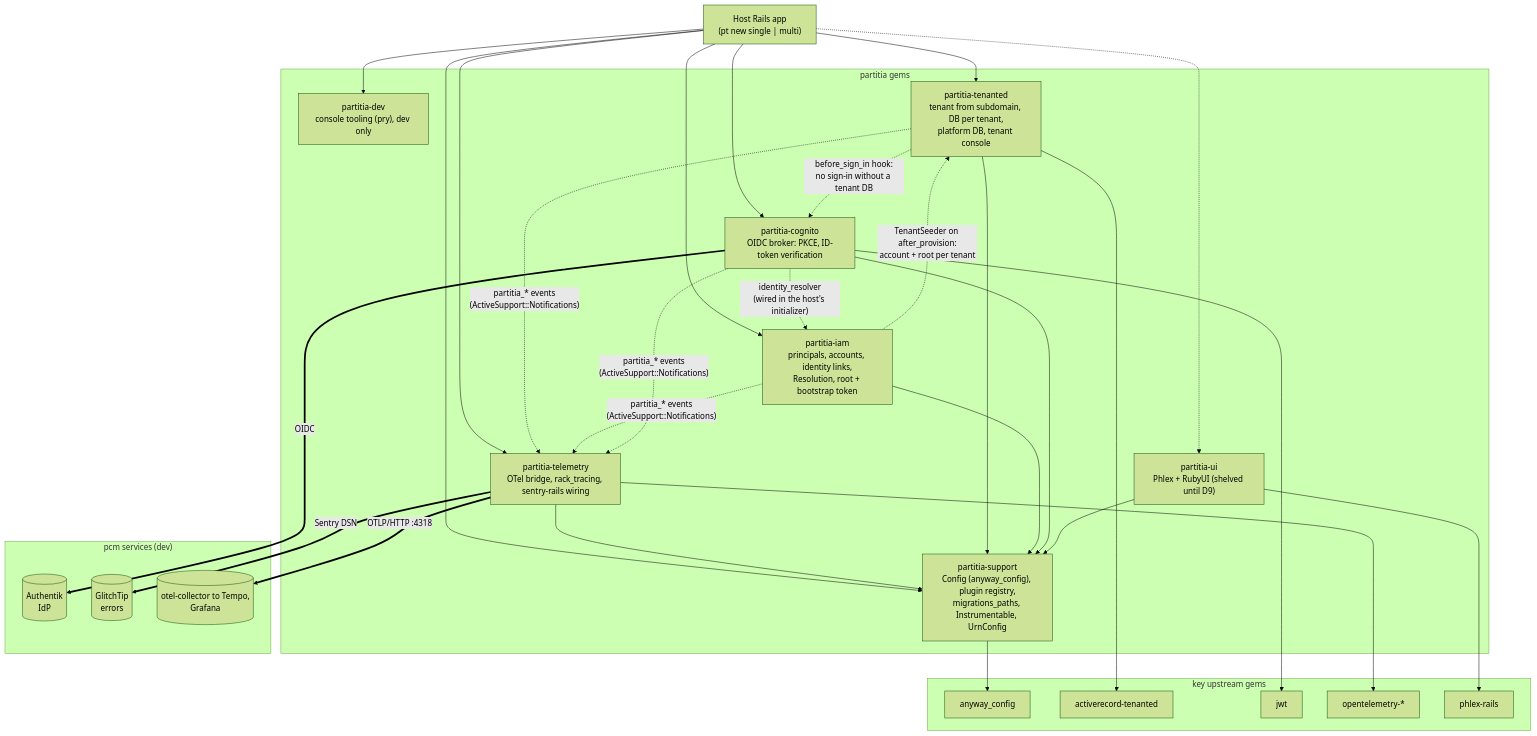
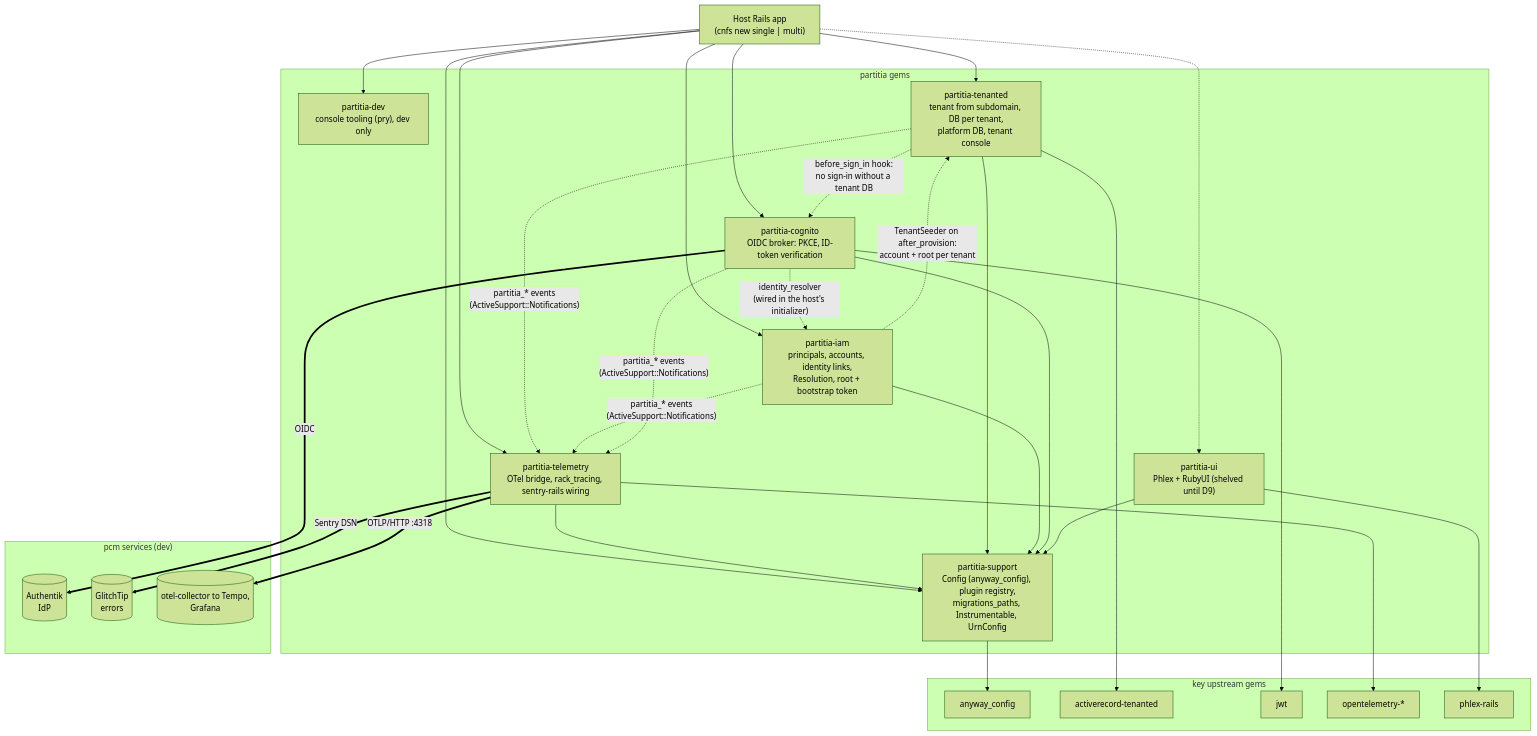
One commit to cnfs-io/partitia changed the first of 9 diagrams in DIAGRAMS.md. Above: the diagram before and after it, drawn with Mermaid (forest theme). The commit also changed other lines of this file and 11 other files, not shown here.

````diff
--- a/DIAGRAMS.md
+++ b/DIAGRAMS.md
@@ -13,52 +13,52 @@
 ```mermaid
 flowchart TB
-  host["Host Rails app<br/>(pt new single | multi)"]
+  host["Host Rails app<br/>(cnfs new single | multi)"]
 
   subgraph partitia["partitia gems"]
     support["partitia-support<br/>Config (anyway_config), plugin registry,<br/>migrations_paths, Instrumentable, UrnConfig"]
     dev["partitia-dev<br/>console tooling (pry), dev only"]
     telemetry["partitia-telemetry<br/>OTel bridge, rack_tracing, sentry-rails wiring"]
     tenanted["partitia-tenanted<br/>tenant from subdomain, DB per tenant,<br/>platform DB, tenant console"]
     iam["partitia-iam<br/>principals, accounts, identity links,<br/>Resolution, root + bootstrap token"]
     cognito["partitia-cognito<br/>OIDC broker: PKCE, ID-token verification"]
     ui["partitia-ui<br/>Phlex + RubyUI (shelved until D9)"]
   end
 
   subgraph ext["key upstream gems"]
     anyway["anyway_config"]
     art["activerecord-tenanted"]
     jwt["jwt"]
     otel["opentelemetry-*"]
     phlex["phlex-rails"]
   end
 
   subgraph pcm["pcm services (dev)"]
     authentik[("Authentik<br/>IdP")]
     glitchtip[("GlitchTip<br/>errors")]
     tempo[("otel-collector to Tempo,<br/>Grafana")]
   end
 
   host --> support & dev & telemetry & tenanted & iam & cognito
   host -.-> ui
 
   telemetry --> support
   tenanted --> support
   iam --> support
   cognito --> support
   ui --> support
 
   support --> anyway
   tenanted --> art
   cognito --> jwt
   telemetry --> otel
   ui --> phlex
 
   cognito -. "identity_resolver<br/>(wired in the host's initializer)" .-> iam
   tenanted -. "before_sign_in hook:<br/>no sign-in without a tenant DB" .-> cognito
   iam -. "TenantSeeder on after_provision:<br/>account + root per tenant" .-> tenanted
   tenanted & iam & cognito -. "partitia_* events<br/>(ActiveSupport::Notifications)" .-> telemetry
 
   cognito == "OIDC" ==> authentik
   telemetry == "OTLP/HTTP :4318" ==> tempo
   telemetry == "Sentry DSN" ==> glitchtip
 ```
````
